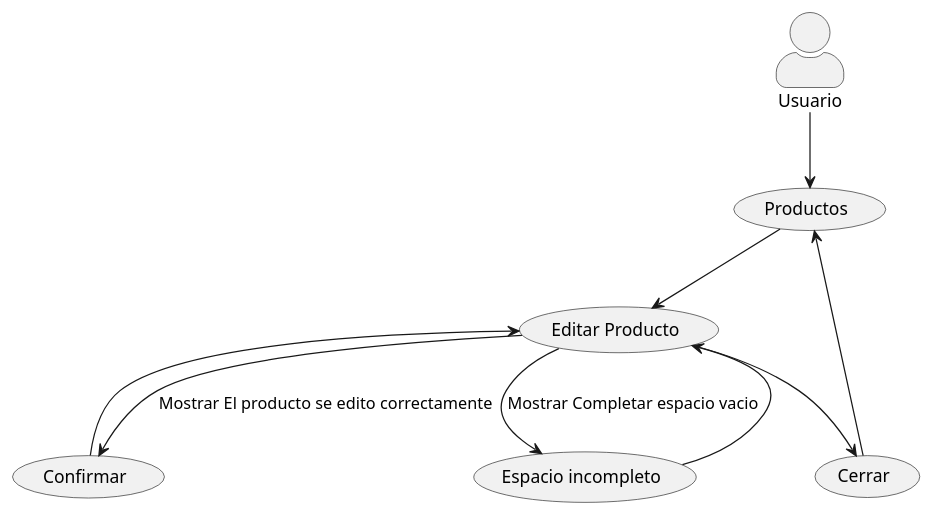
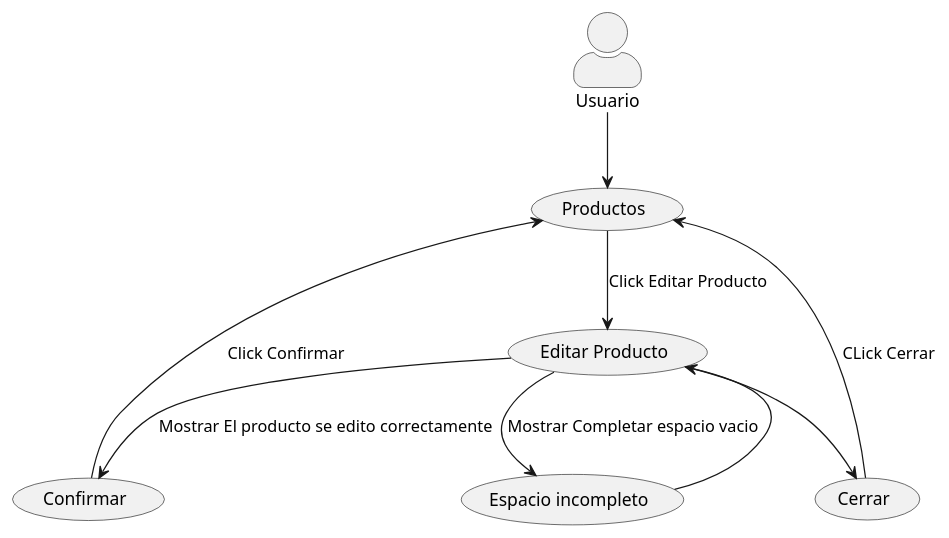
Before and after one commit to DDSlayer64/Casos-Uso: the diagram in Pro-4.puml, drawn with PlantUML. The commit also changed 6 other files, not shown here.

```diff
--- a/Pro-4.puml
+++ b/Pro-4.puml
@@ -1,22 +1,22 @@
 @startuml CasosDeUso
 skinparam actorStyle awesome
 
 :Usuario: as usuario 
 (Productos) as pro
 (Editar Producto) as ep
 (Confirmar) as con
 (Cerrar) as cerr
 (Espacio incompleto) as ei
 
-pro --> ep
+pro --> ep :Click Editar Producto
 ep --> ei :  Mostrar Completar espacio vacio
 ei  --> ep
 ep --> con : Mostrar El producto se edito correctamente
-con --> ep
+con --> pro :Click Confirmar
 ep --> cerr
-cerr --> pro
+cerr --> pro :CLick Cerrar
 usuario --> pro
 
 
 
 @enduml
```
